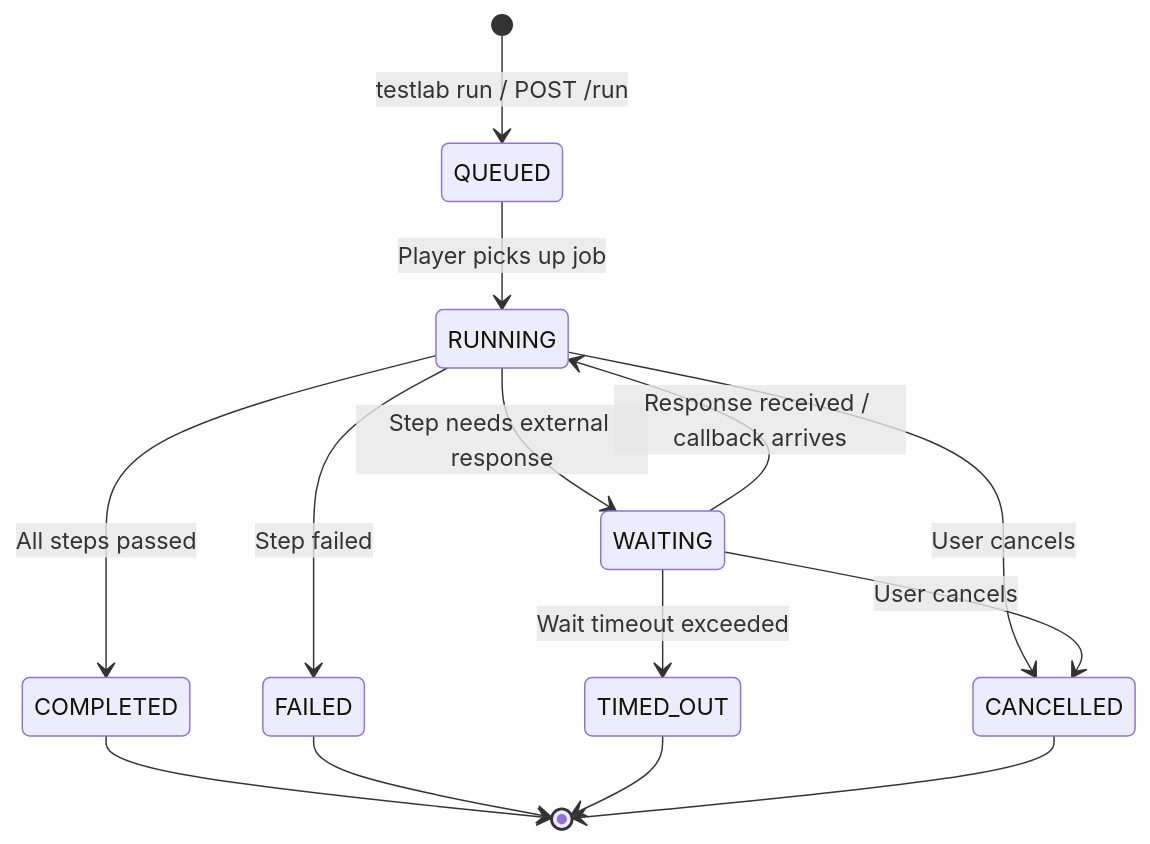
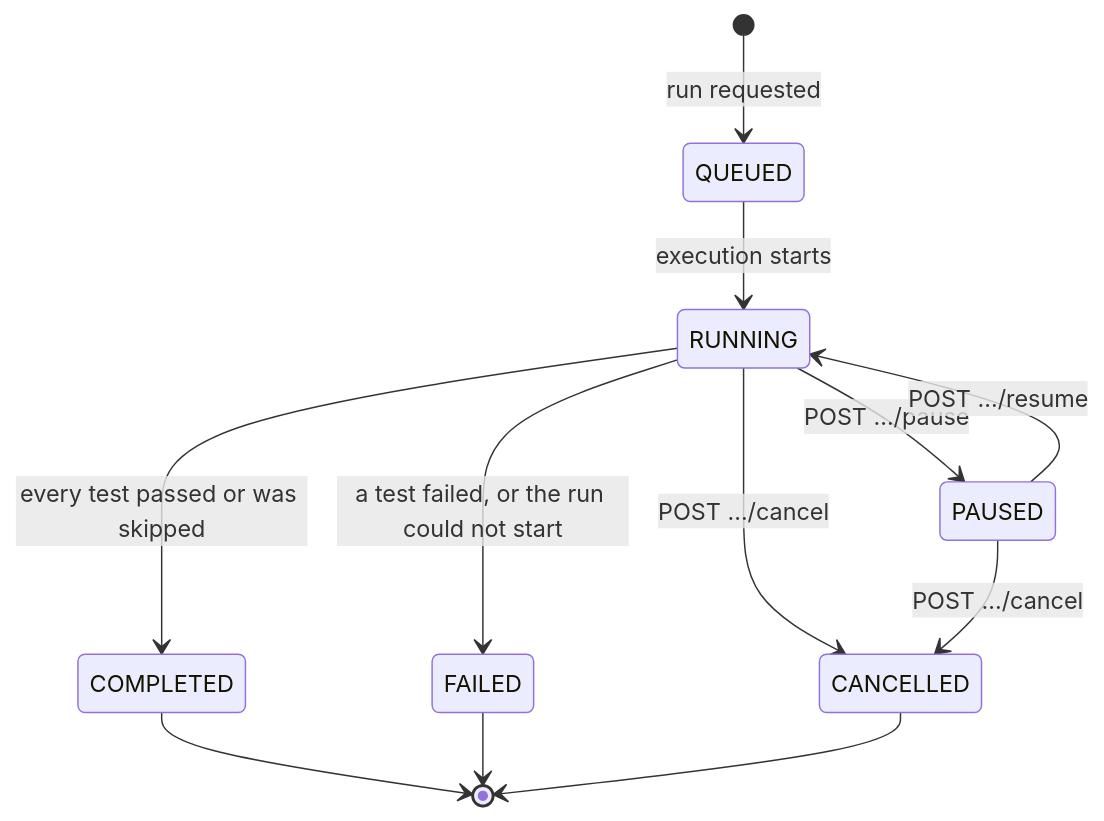
The fifth of 8 diagrams in docs/specification/specification/concepts.md (eclipse-tractusx/tractusx-testlab), drawn with Mermaid before and after one commit. The commit also changed other lines of this file and 155 other files, not shown here.

````diff
--- a/docs/specification/specification/concepts.md
+++ b/docs/specification/specification/concepts.md
@@ -181,17 +181,15 @@
 ```mermaid
 stateDiagram-v2
-    [*] --> QUEUED : testlab run / POST /run
-    QUEUED --> RUNNING : Player picks up job
-    RUNNING --> WAITING : Step needs external response
-    WAITING --> RUNNING : Response received / callback arrives
-    RUNNING --> COMPLETED : All steps passed
-    RUNNING --> FAILED : Step failed
-    WAITING --> TIMED_OUT : Wait timeout exceeded
-    RUNNING --> CANCELLED : User cancels
-    WAITING --> CANCELLED : User cancels
+    [*] --> QUEUED : run requested
+    QUEUED --> RUNNING : execution starts
+    RUNNING --> PAUSED : POST …/pause
+    PAUSED --> RUNNING : POST …/resume
+    RUNNING --> COMPLETED : every test passed or was skipped
+    RUNNING --> FAILED : a test failed, or the run could not start
+    RUNNING --> CANCELLED : POST …/cancel
+    PAUSED --> CANCELLED : POST …/cancel
 
     COMPLETED --> [*]
     FAILED --> [*]
-    TIMED_OUT --> [*]
     CANCELLED --> [*]
 ```
````
